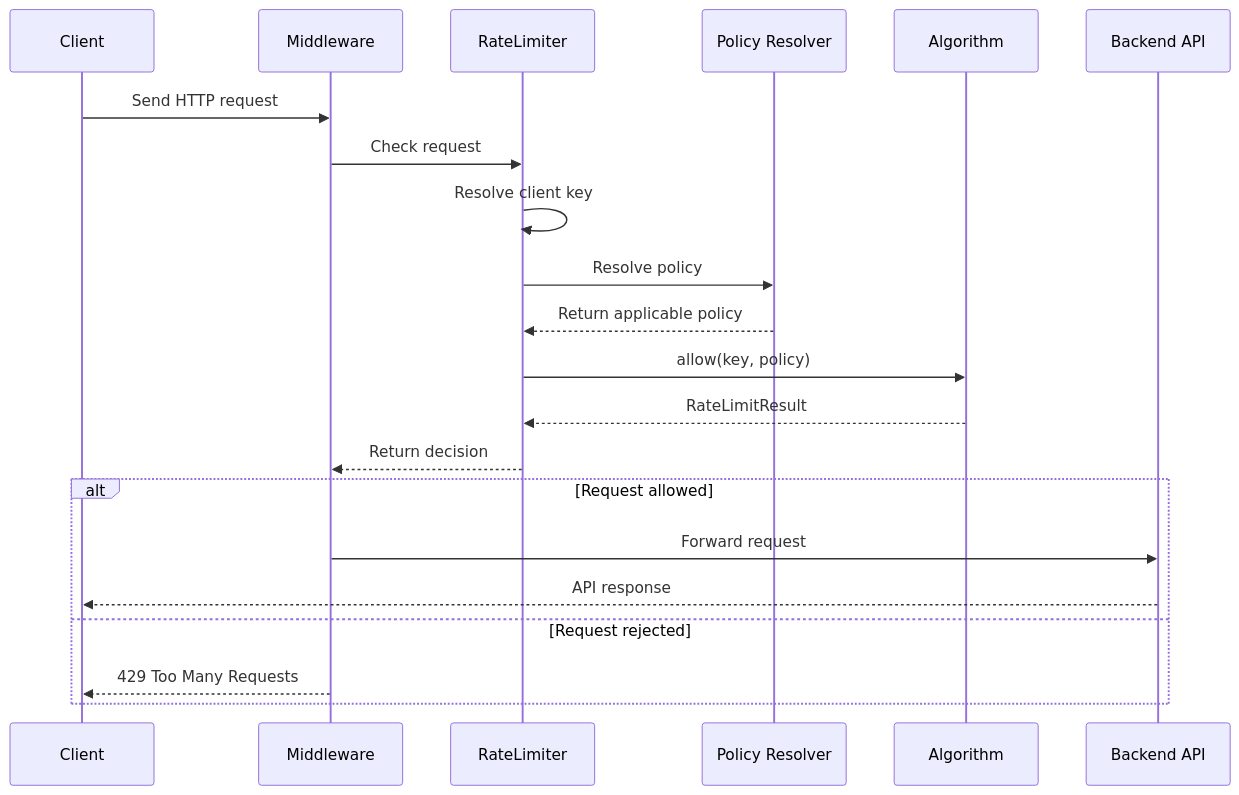
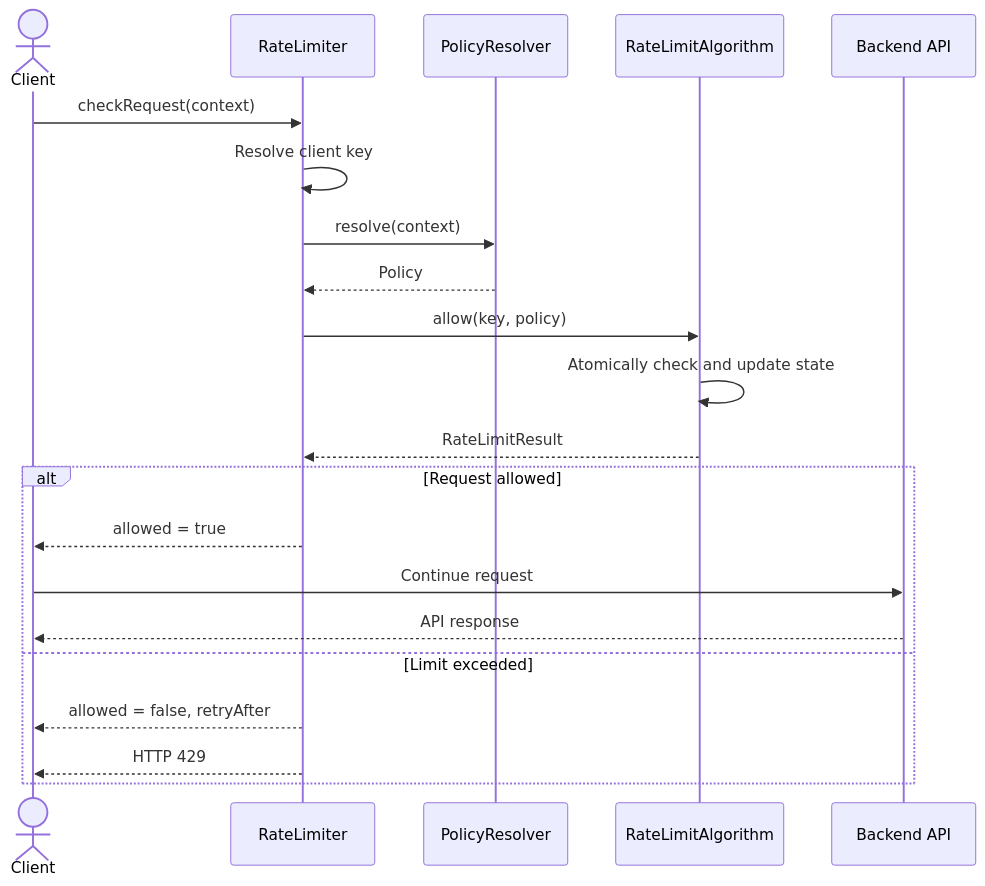
One commit to maniishh/Low-Level-design changed the fourth of 5 diagrams in Rate_Limiter/note.md. Above: the diagram before and after it, drawn with Mermaid. The commit also changed other lines of this file, not shown here.

First line of the commit message:
Enhance Rate Limiter documentation with design details

````diff
--- a/Rate_Limiter/note.md
+++ b/Rate_Limiter/note.md
@@ -159,25 +280,25 @@
 ```mermaid
 sequenceDiagram
-    participant C as Client
-    participant M as Middleware
-    participant R as RateLimiter
-    participant P as Policy Resolver
-    participant A as Algorithm
+    actor Client
+    participant RL as RateLimiter
+    participant PR as PolicyResolver
+    participant ALG as RateLimitAlgorithm
     participant API as Backend API
 
-    C->>M: Send HTTP request
-    M->>R: Check request
-    R->>R: Resolve client key
-    R->>P: Resolve policy
-    P-->>R: Return applicable policy
-    R->>A: allow(key, policy)
-    A-->>R: RateLimitResult
-    R-->>M: Return decision
+    Client->>RL: checkRequest(context)
+    RL->>RL: Resolve client key
+    RL->>PR: resolve(context)
+    PR-->>RL: Policy
+    RL->>ALG: allow(key, policy)
+    ALG->>ALG: Atomically check and update state
+    ALG-->>RL: RateLimitResult
 
     alt Request allowed
-        M->>API: Forward request
-        API-->>C: API response
-    else Request rejected
-        M-->>C: 429 Too Many Requests
+        RL-->>Client: allowed = true
+        Client->>API: Continue request
+        API-->>Client: API response
+    else Limit exceeded
+        RL-->>Client: allowed = false, retryAfter
+        RL-->>Client: HTTP 429
     end
 ```
````
